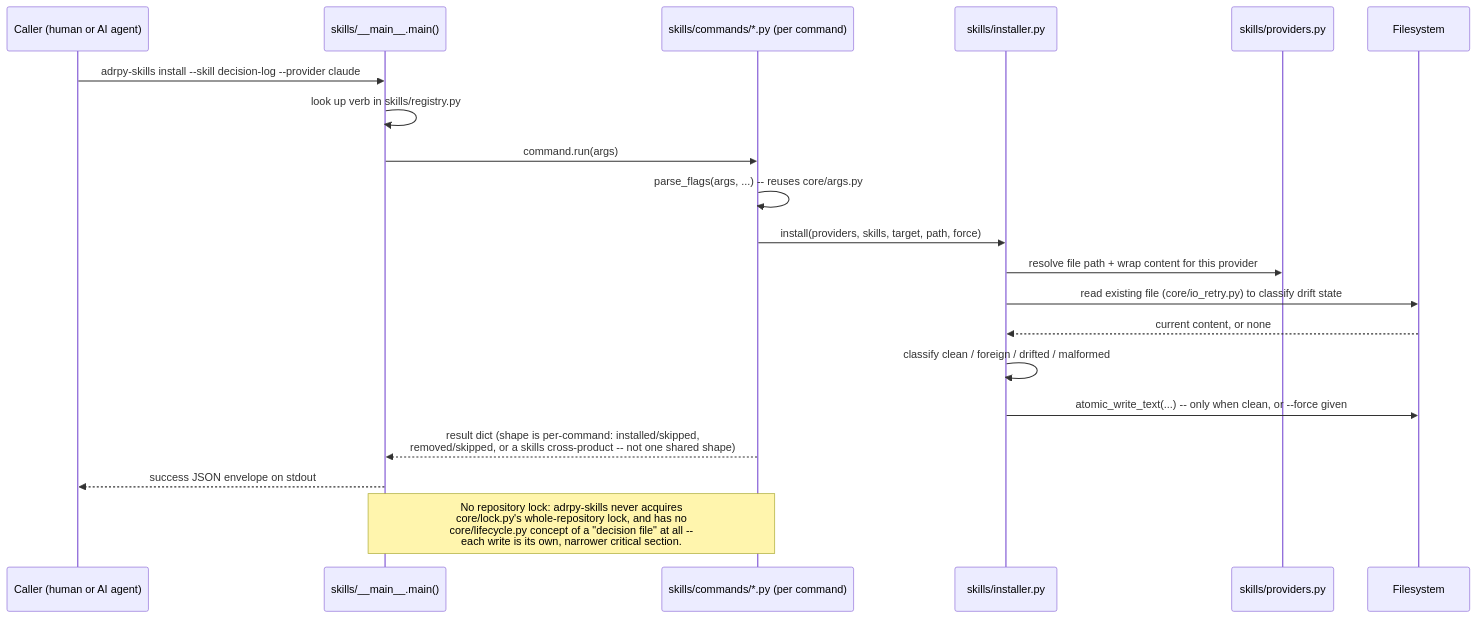
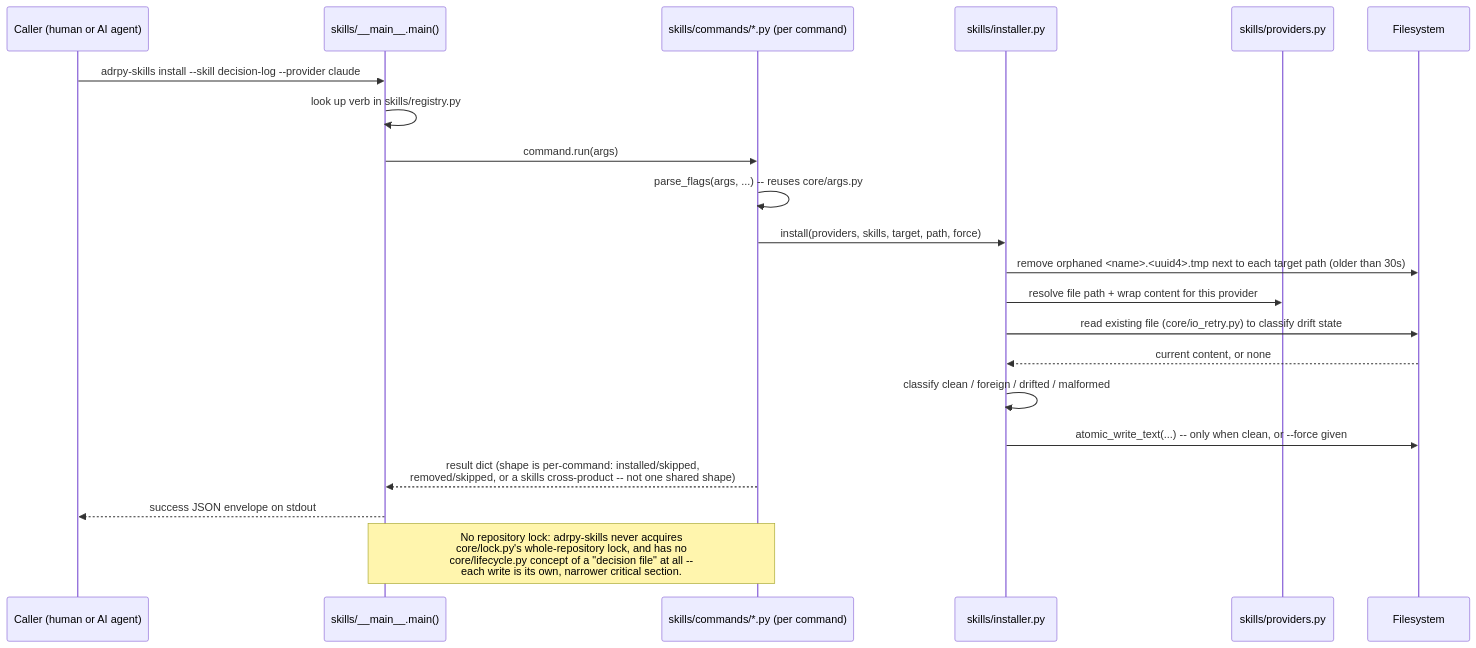
Before and after one commit to FRACerqueira/adrpy-ai: the seventh of 7 diagrams in doc/architecture.md, drawn with Mermaid. The commit also changed other lines of this file and 10 other files, not shown here.

````diff
--- a/doc/architecture.md
+++ b/doc/architecture.md
@@ -274,24 +279,25 @@
 ```mermaid
 sequenceDiagram
     participant Caller as Caller (human or AI agent)
     participant Main as skills/__main__.main()
     participant Cmd as skills/commands/*.py (per command)
     participant Inst as skills/installer.py
     participant Prov as skills/providers.py
     participant FS as Filesystem
 
     Caller->>Main: adrpy-skills install --skill decision-log --provider claude
     Main->>Main: look up verb in skills/registry.py
     Main->>Cmd: command.run(args)
     Cmd->>Cmd: parse_flags(args, ...) -- reuses core/args.py
     Cmd->>Inst: install(providers, skills, target, path, force)
+    Inst->>FS: remove orphaned <name>.<uuid4>.tmp next to each target path (older than 30s)
     Inst->>Prov: resolve file path + wrap content for this provider
     Inst->>FS: read existing file (core/io_retry.py) to classify drift state
     FS-->>Inst: current content, or none
     Inst->>Inst: classify clean / foreign / drifted / malformed
     Inst->>FS: atomic_write_text(...) -- only when clean, or --force given
     Cmd-->>Main: result dict (shape is per-command: installed/skipped,<br/>removed/skipped, or a skills cross-product -- not one shared shape)
     Main-->>Caller: success JSON envelope on stdout
 
     Note over Cmd,Main: No repository lock: adrpy-skills never acquires<br/>core/lock.py's whole-repository lock, and has no<br/>core/lifecycle.py concept of a "decision file" at all --<br/>each write is its own, narrower critical section.
 ```
````
